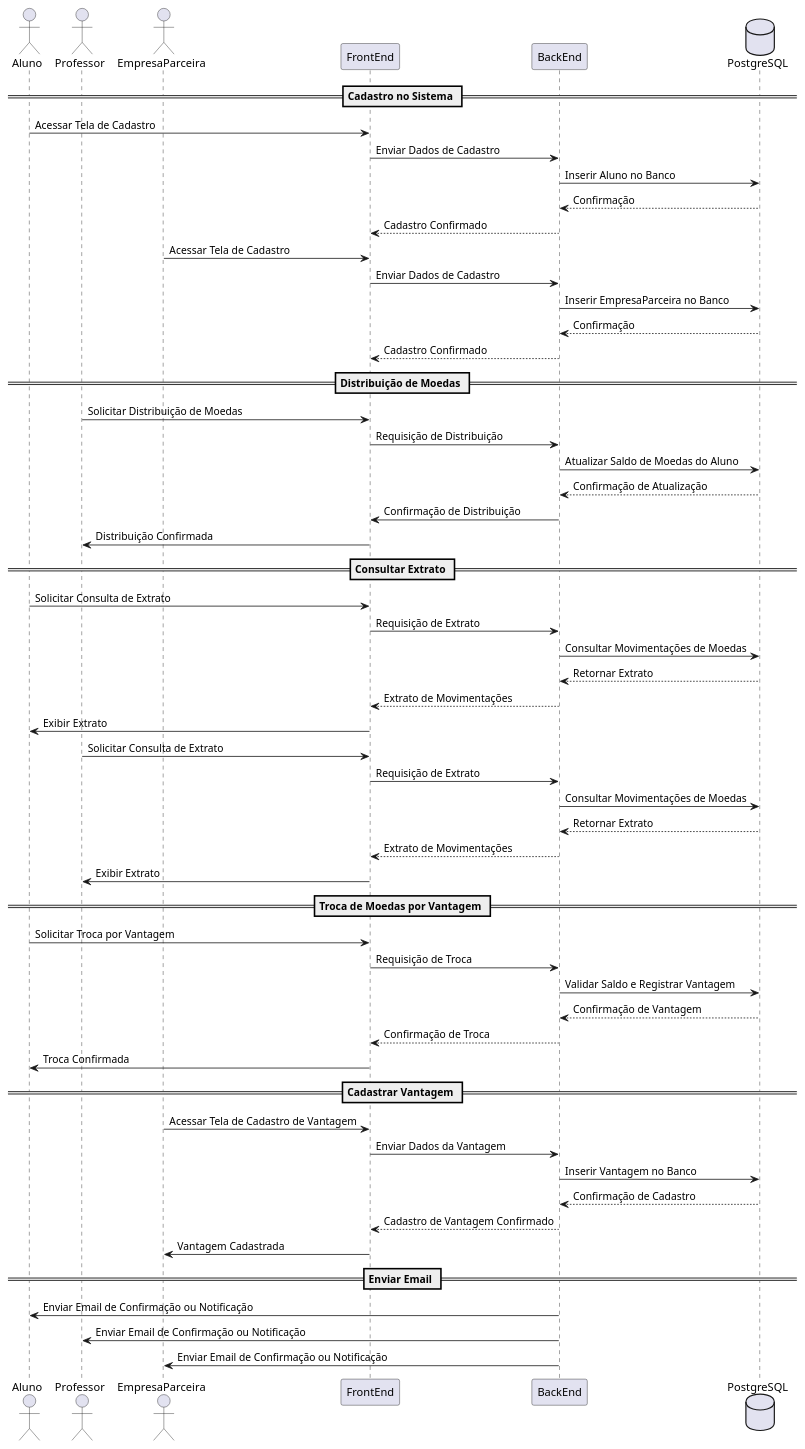
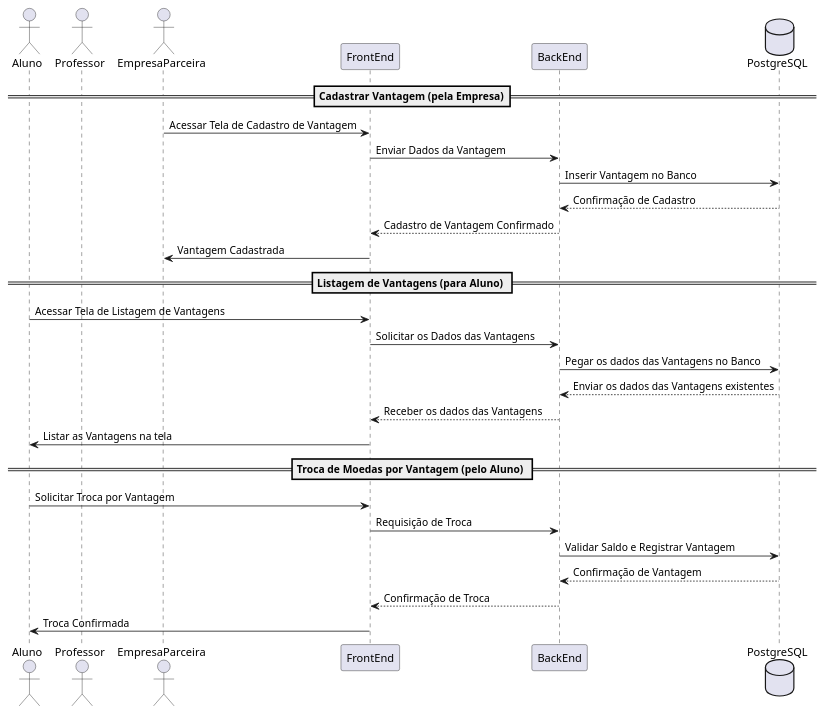
The diagram in projeto/Diagrama de Sequencia/Diagrama_de_Sequencia.puml (JoaoYM/Lab03_LDS), drawn with PlantUML before and after one commit. The commit also changed 1 other file, not shown here.

Commit message:
Ajustes para o merge

```diff
--- a/projeto/Diagrama de Sequencia/Diagrama_de_Sequencia.puml
+++ b/projeto/Diagrama de Sequencia/Diagrama_de_Sequencia.puml
@@ -1,66 +1,35 @@
 @startuml
 actor Aluno
 actor Professor
 actor EmpresaParceira
+
 participant FrontEnd
 participant BackEnd
 database PostgreSQL as BD
 
-== Cadastro no Sistema ==
-Aluno -> FrontEnd: Acessar Tela de Cadastro
-FrontEnd -> BackEnd: Enviar Dados de Cadastro
-BackEnd -> BD: Inserir Aluno no Banco
-BD --> BackEnd: Confirmação
-BackEnd --> FrontEnd: Cadastro Confirmado
 
-EmpresaParceira -> FrontEnd: Acessar Tela de Cadastro
-FrontEnd -> BackEnd: Enviar Dados de Cadastro
-BackEnd -> BD: Inserir EmpresaParceira no Banco
-BD --> BackEnd: Confirmação
-BackEnd --> FrontEnd: Cadastro Confirmado
+== Cadastrar Vantagem (pela Empresa)==
+EmpresaParceira -> FrontEnd: Acessar Tela de Cadastro de Vantagem
+FrontEnd -> BackEnd: Enviar Dados da Vantagem
+BackEnd -> BD: Inserir Vantagem no Banco
+BD --> BackEnd: Confirmação de Cadastro
+BackEnd --> FrontEnd: Cadastro de Vantagem Confirmado
+FrontEnd -> EmpresaParceira: Vantagem Cadastrada
 
-== Distribuição de Moedas ==
-Professor -> FrontEnd: Solicitar Distribuição de Moedas
-FrontEnd -> BackEnd: Requisição de Distribuição
-BackEnd -> BD: Atualizar Saldo de Moedas do Aluno
-BD --> BackEnd: Confirmação de Atualização
-BackEnd -> FrontEnd: Confirmação de Distribuição
-FrontEnd -> Professor: Distribuição Confirmada
+== Listagem de Vantagens (para Aluno) ==
+Aluno -> FrontEnd: Acessar Tela de Listagem de Vantagens
+FrontEnd -> BackEnd: Solicitar os Dados das Vantagens
+BackEnd -> BD: Pegar os dados das Vantagens no Banco
+BD --> BackEnd: Enviar os dados das Vantagens existentes
+BackEnd --> FrontEnd: Receber os dados das Vantagens
+FrontEnd -> Aluno: Listar as Vantagens na tela
 
-== Consultar Extrato ==
-Aluno -> FrontEnd: Solicitar Consulta de Extrato
-FrontEnd -> BackEnd: Requisição de Extrato
-BackEnd -> BD: Consultar Movimentações de Moedas
-BD --> BackEnd: Retornar Extrato
-BackEnd --> FrontEnd: Extrato de Movimentações
-FrontEnd -> Aluno: Exibir Extrato
-
-Professor -> FrontEnd: Solicitar Consulta de Extrato
-FrontEnd -> BackEnd: Requisição de Extrato
-BackEnd -> BD: Consultar Movimentações de Moedas
-BD --> BackEnd: Retornar Extrato
-BackEnd --> FrontEnd: Extrato de Movimentações
-FrontEnd -> Professor: Exibir Extrato
-
-== Troca de Moedas por Vantagem ==
+== Troca de Moedas por Vantagem (pelo Aluno) ==
 Aluno -> FrontEnd: Solicitar Troca por Vantagem
 FrontEnd -> BackEnd: Requisição de Troca
 BackEnd -> BD: Validar Saldo e Registrar Vantagem
 BD --> BackEnd: Confirmação de Vantagem
 BackEnd --> FrontEnd: Confirmação de Troca
 FrontEnd -> Aluno: Troca Confirmada
 
-== Cadastrar Vantagem ==
-EmpresaParceira -> FrontEnd: Acessar Tela de Cadastro de Vantagem
-FrontEnd -> BackEnd: Enviar Dados da Vantagem
-BackEnd -> BD: Inserir Vantagem no Banco
-BD --> BackEnd: Confirmação de Cadastro
-BackEnd --> FrontEnd: Cadastro de Vantagem Confirmado
-FrontEnd -> EmpresaParceira: Vantagem Cadastrada
-
-== Enviar Email ==
-BackEnd -> Aluno: Enviar Email de Confirmação ou Notificação
-BackEnd -> Professor: Enviar Email de Confirmação ou Notificação
-BackEnd -> EmpresaParceira: Enviar Email de Confirmação ou Notificação
-
 @enduml
```
